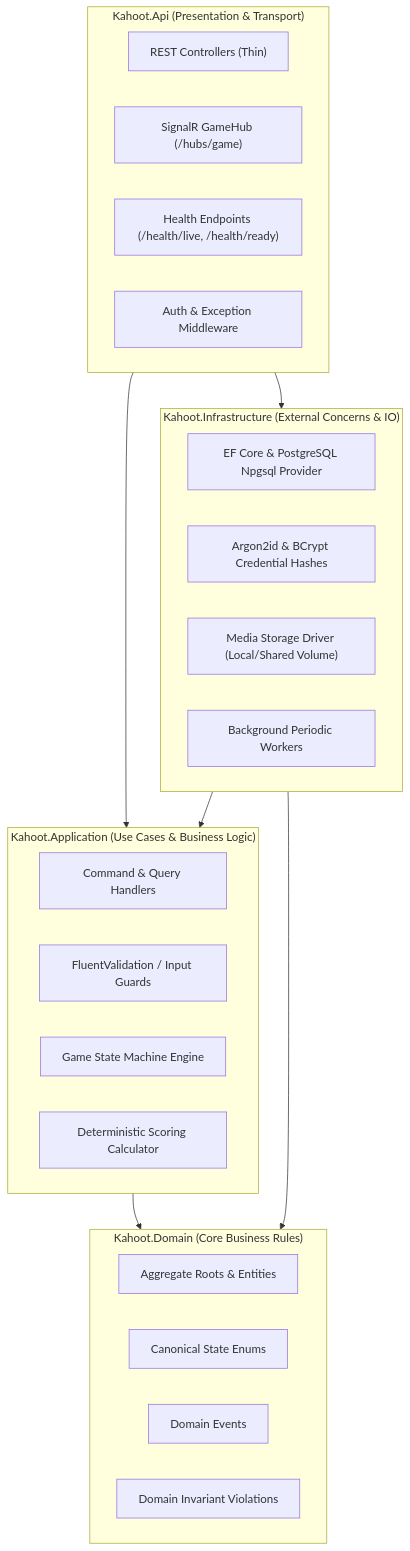
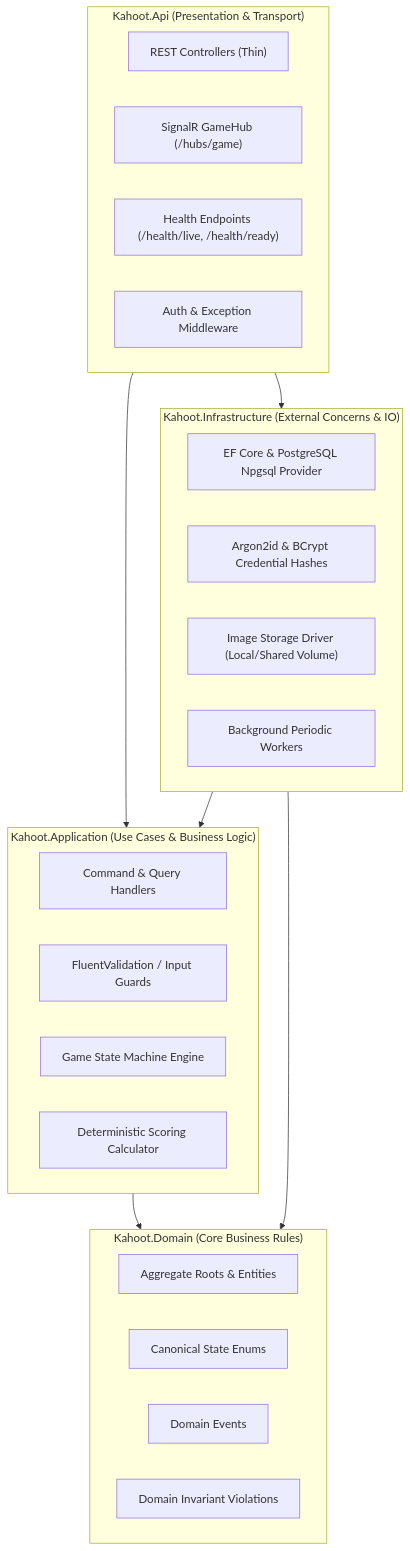
The first of 2 diagrams in docs/13-architecture-and-deployment.md (laeth0/Kahoot), drawn with Mermaid before and after one commit. The commit also changed other lines of this file and 13 other files, not shown here.

First line of the commit message:
Refactor documentation to replace "media" with "image" for clarity and consistency

````diff
--- a/docs/13-architecture-and-deployment.md
+++ b/docs/13-architecture-and-deployment.md
@@ -27,36 +27,36 @@
 ```mermaid
 graph TD
     subgraph Api ["Kahoot.Api (Presentation & Transport)"]
         Controllers["REST Controllers (Thin)"]
         Hubs["SignalR GameHub (/hubs/game)"]
         HealthProbes["Health Endpoints (/health/live, /health/ready)"]
         Middleware["Auth & Exception Middleware"]
     end
 
     subgraph App ["Kahoot.Application (Use Cases & Business Logic)"]
         MediatR["Command & Query Handlers"]
         Validators["FluentValidation / Input Guards"]
         StateEngine["Game State Machine Engine"]
         ScoringService["Deterministic Scoring Calculator"]
     end
 
     subgraph Dom ["Kahoot.Domain (Core Business Rules)"]
         Entities["Aggregate Roots & Entities"]
         Enums["Canonical State Enums"]
         Events["Domain Events"]
         Exceptions["Domain Invariant Violations"]
     end
 
     subgraph Infra ["Kahoot.Infrastructure (External Concerns & IO)"]
         EF["EF Core & PostgreSQL Npgsql Provider"]
         Hashing["Argon2id & BCrypt Credential Hashes"]
-        Storage["Media Storage Driver (Local/Shared Volume)"]
+        Storage["Image Storage Driver (Local/Shared Volume)"]
         Workers["Background Periodic Workers"]
     end
 
     Api --> App
     App --> Dom
     Infra --> App
     Infra --> Dom
     Api --> Infra
 ```
````
